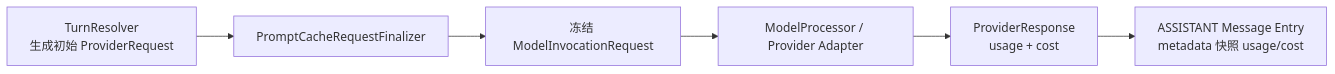
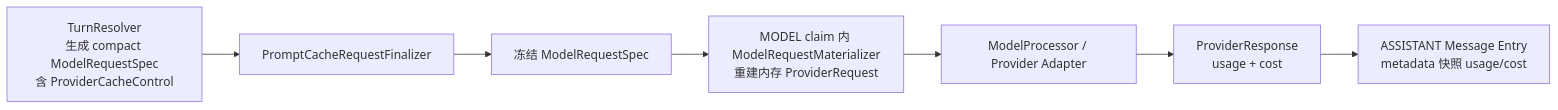
Before and after one commit to fengwk/kk-studio: the diagram in docs/technical-solution/prompt-cache-usage-cost.md, drawn with Mermaid. The commit also changed other lines of this file and 12 other files, not shown here.

````diff
--- a/docs/technical-solution/prompt-cache-usage-cost.md
+++ b/docs/technical-solution/prompt-cache-usage-cost.md
@@ -7,11 +7,12 @@
 ```mermaid
 flowchart LR
-    A[TurnResolver<br/>生成初始 ProviderRequest]
+    A[TurnResolver<br/>生成 compact ModelRequestSpec<br/>含 ProviderCacheControl]
     B[PromptCacheRequestFinalizer]
-    C[冻结 ModelInvocationRequest]
-    D[ModelProcessor / Provider Adapter]
-    E[ProviderResponse<br/>usage + cost]
-    F[ASSISTANT Message Entry<br/>metadata 快照 usage/cost]
+    C[冻结 ModelRequestSpec]
+    D[MODEL claim 内 ModelRequestMaterializer<br/>重建内存 ProviderRequest]
+    E[ModelProcessor / Provider Adapter]
+    F[ProviderResponse<br/>usage + cost]
+    G[ASSISTANT Message Entry<br/>metadata 快照 usage/cost]
 
-    A --> B --> C --> D --> E --> F
+    A --> B --> C --> D --> E --> F --> G
 ```
````
